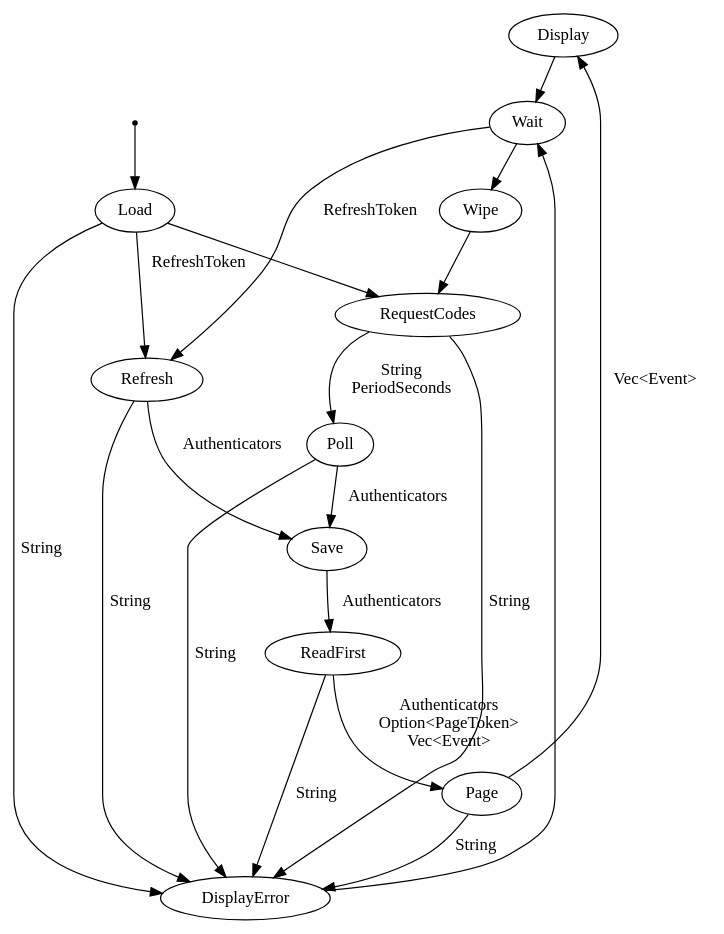
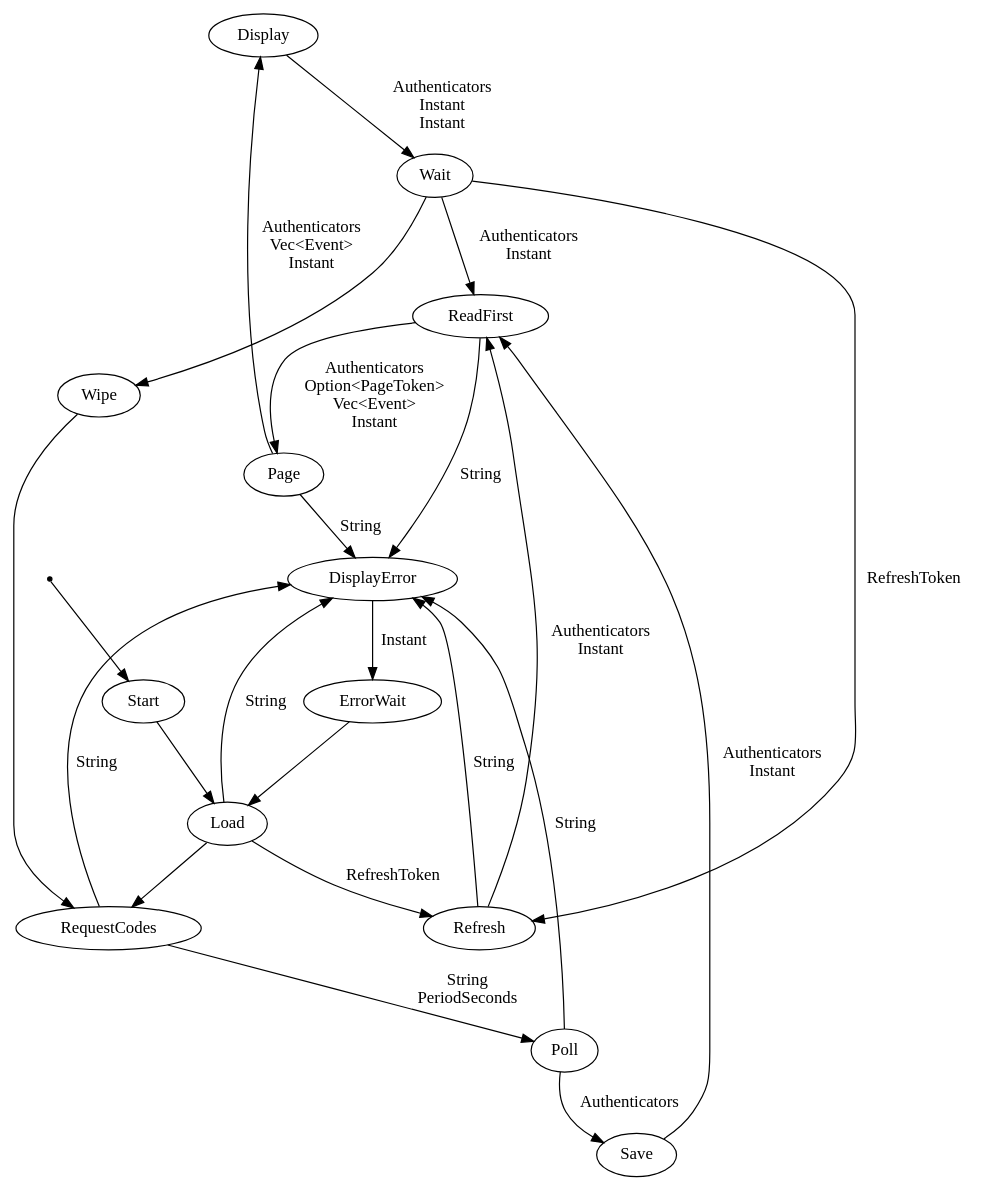
Before and after one commit to kieranjwhite/calendar_mirror: the diagram in docs/cal_machine.dot, drawn with Graphviz. The commit also changed 5 other files, not shown here.

```diff
--- a/docs/cal_machine.dot
+++ b/docs/cal_machine.dot
@@ -1,34 +1,39 @@
 digraph cal_stm {
     Display[label="Display"][shape="ellipse"];
     DisplayError[label="DisplayError"][shape="ellipse"];
+    ErrorWait[label="ErrorWait"][shape="ellipse"];
     Load[label="Load"][shape="ellipse"];
     Page[label="Page"][shape="ellipse"];
     Poll[label="Poll"][shape="ellipse"];
     ReadFirst[label="ReadFirst"][shape="ellipse"];
     Refresh[label="Refresh"][shape="ellipse"];
     RequestCodes[label="RequestCodes"][shape="ellipse"];
     Save[label="Save"][shape="ellipse"];
+    Start[label="Start"][shape="ellipse"];
     Wait[label="Wait"][shape="ellipse"];
     Wipe[label="Wipe"][shape="ellipse"];
     _start[label="_start"][shape="point"];
-    _start -> Load[label=""];
+    _start -> Start[label=""];
+    DisplayError -> ErrorWait[label="Instant\n"];
+    Start -> Load[label=""];
+    ErrorWait -> Load[label=""];
     Load -> RequestCodes[label=""];
     Wipe -> RequestCodes[label=""];
     Load -> Refresh[label="RefreshToken\n"];
     Wait -> Refresh[label="RefreshToken\n"];
-    Save -> ReadFirst[label="Authenticators\n"];
+    Refresh -> ReadFirst[label="Authenticators\nInstant\n"];
+    Save -> ReadFirst[label="Authenticators\nInstant\n"];
+    Wait -> ReadFirst[label="Authenticators\nInstant\n"];
     RequestCodes -> Poll[label="String\nPeriodSeconds\n"];
     Load -> DisplayError[label="String\n"];
     Page -> DisplayError[label="String\n"];
     Poll -> DisplayError[label="String\n"];
     ReadFirst -> DisplayError[label="String\n"];
     Refresh -> DisplayError[label="String\n"];
     RequestCodes -> DisplayError[label="String\n"];
     Poll -> Save[label="Authenticators\n"];
-    Refresh -> Save[label="Authenticators\n"];
-    ReadFirst -> Page[label="Authenticators\nOption<PageToken>\nVec<Event>\n"];
-    Page -> Display[label="Vec<Event>\n"];
-    DisplayError -> Wait[label=""];
-    Display -> Wait[label=""];
+    ReadFirst -> Page[label="Authenticators\nOption<PageToken>\nVec<Event>\nInstant\n"];
+    Page -> Display[label="Authenticators\nVec<Event>\nInstant\n"];
+    Display -> Wait[label="Authenticators\nInstant\nInstant\n"];
     Wait -> Wipe[label=""];
 }
```
